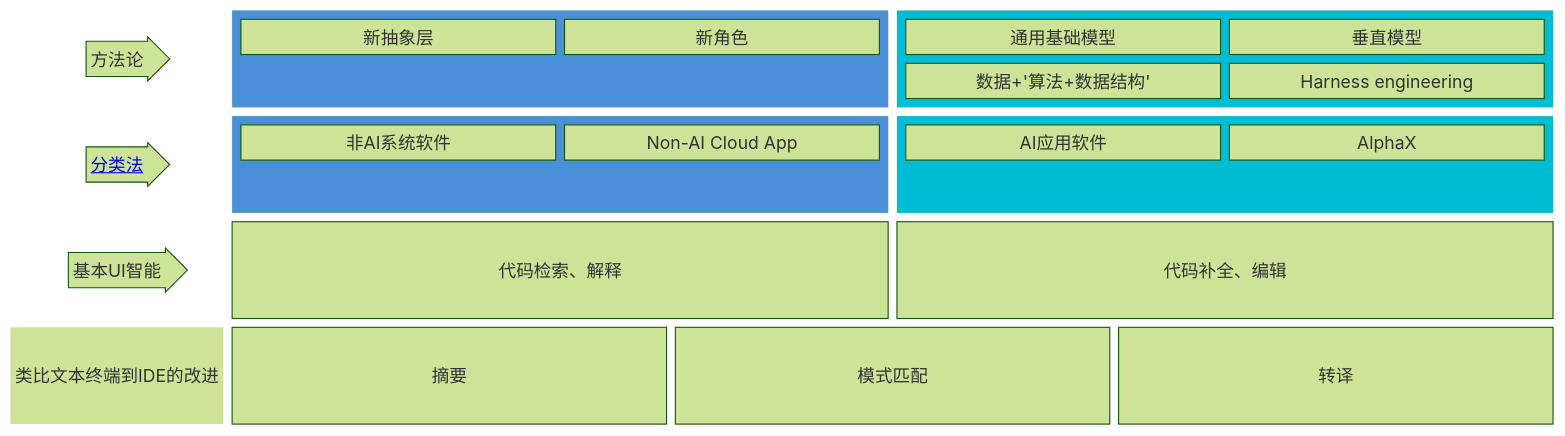
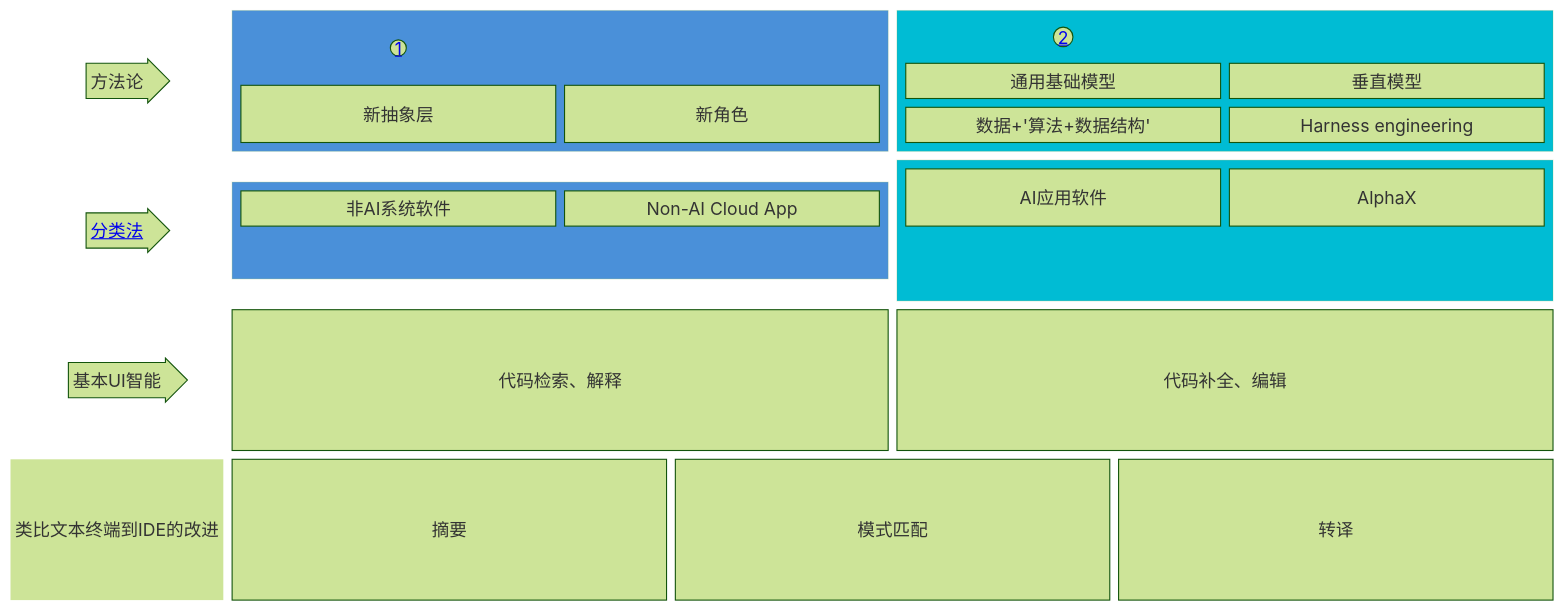
The diagram in README.md (AI-LLM/ai4se_white_paper), drawn with Mermaid (forest theme) before and after one commit.

````diff
--- a/README.md
+++ b/README.md
@@ -4,37 +4,40 @@
 ```mermaid
 block-beta
   columns 7
     A<["方法论"]>(right):1
     block:groupB:3
-      B1["新抽象层"]:2
+      columns 2
+      m1(("<a href='meth-nonai.md'>1</a>")) space
+      B1["新抽象层"]:1
       B2["新角色"]:1
     end
     block:groupC:3
       columns 2
+      m2(("<a href='meth-ai.md'>2</a>")) space
       C21["通用基础模型"]
       C22["垂直模型"]
       C11["数据+'算法+数据结构'"]
       C12["Harness engineering"]
     end
     D<["<a href='https://ai-llm.github.io/ai4se_white_paper/taxonomy/index.html'>分类法</a>"]>(right)
     block:groupE:3
       E2["非AI系统软件"]:1
       E1["Non-AI Cloud App"]:2
     end
     block:groupF:3
       F1["AI应用软件"]:2
       F2["AlphaX"]:1
     end
     G<["基本UI智能"]>(right):1
     H["代码检索、解释"]:3
     I["代码补全、编辑"]:3
     comment1["类比文本终端到IDE的改进"]
     style comment1 fill:rgb(0,0,0,0),stroke:rgb(0,0,0,0),stroke-width:0
     K["摘要"]:2
     J["模式匹配"]:2
     L["转译"]:2
     style groupB fill:#4a90d9,color:#fff
     style groupE fill:#4a90d9,color:#fff
     style groupC fill:#00bcd4,color:#fff
     style groupF fill:#00bcd4,color:#fff
 ```
````
